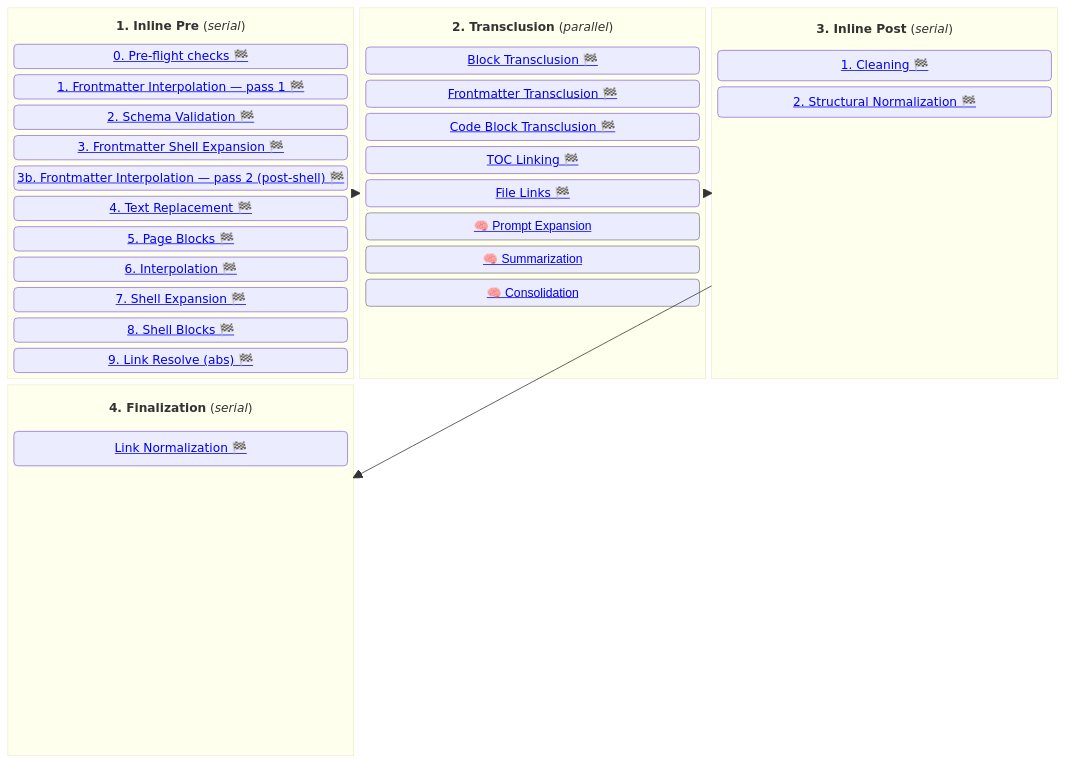
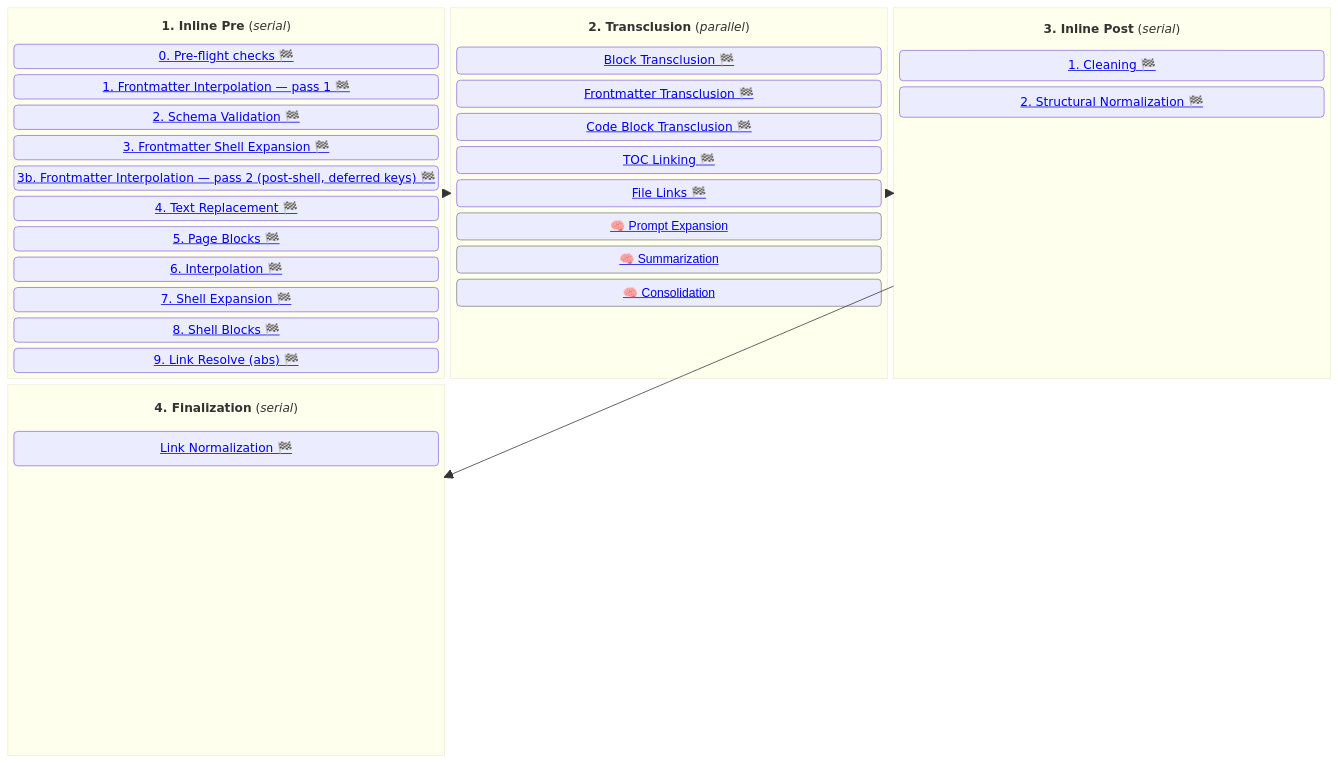
Before and after one commit to yankeeinlondon/rusty-biscuit: the first of 3 diagrams in darkmatter/docs/darkmatter-compose-pipeline.md, drawn with Mermaid. The commit also changed other lines of this file and 9 other files, not shown here.

```diff
--- a/darkmatter/docs/darkmatter-compose-pipeline.md
+++ b/darkmatter/docs/darkmatter-compose-pipeline.md
@@ -14,7 +14,7 @@
         fmInterpolate("<a href='./inline/fm-interpolation.md'>1. Frontmatter Interpolation — pass 1 🏁</a>")
         schemaValidation("<a href='./inline/schema-validation.md'>2. Schema Validation 🏁</a>")
         shellExp("<a href='./inline/fm-shell-expansion.md'>3. Frontmatter Shell Expansion 🏁</a>")
-        fmInterpolate2("<a href='./inline/fm-interpolation.md'>3b. Frontmatter Interpolation — pass 2 (post-shell) 🏁</a>")
+        fmInterpolate2("<a href='./inline/fm-interpolation.md'>3b. Frontmatter Interpolation — pass 2 (post-shell, deferred keys) 🏁</a>")
         textReplacement("<a href='./inline/text-replacement.md'>4. Text Replacement 🏁</a>")
         pageBlocks("<a href='./inline/page-blocks.md'>5. Page Blocks 🏁</a>")
         interpolation("<a href='./inline/interpolation.md'>6. Interpolation 🏁</a>")
```
